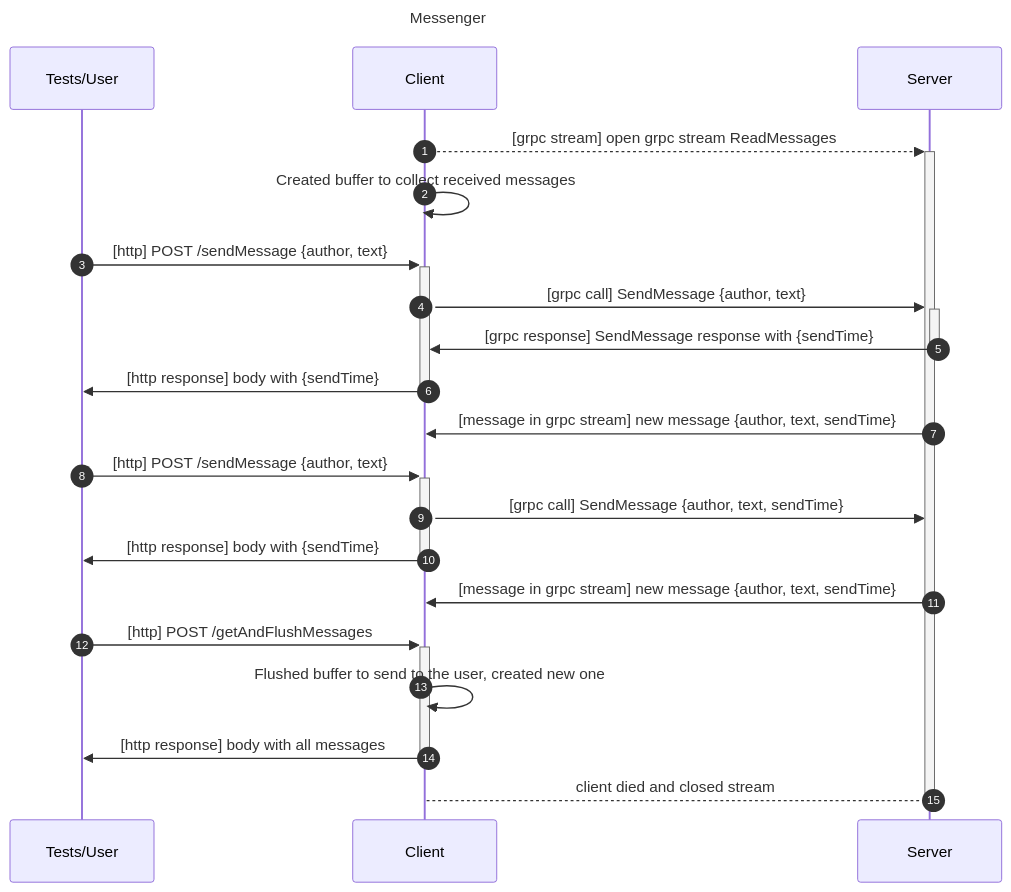
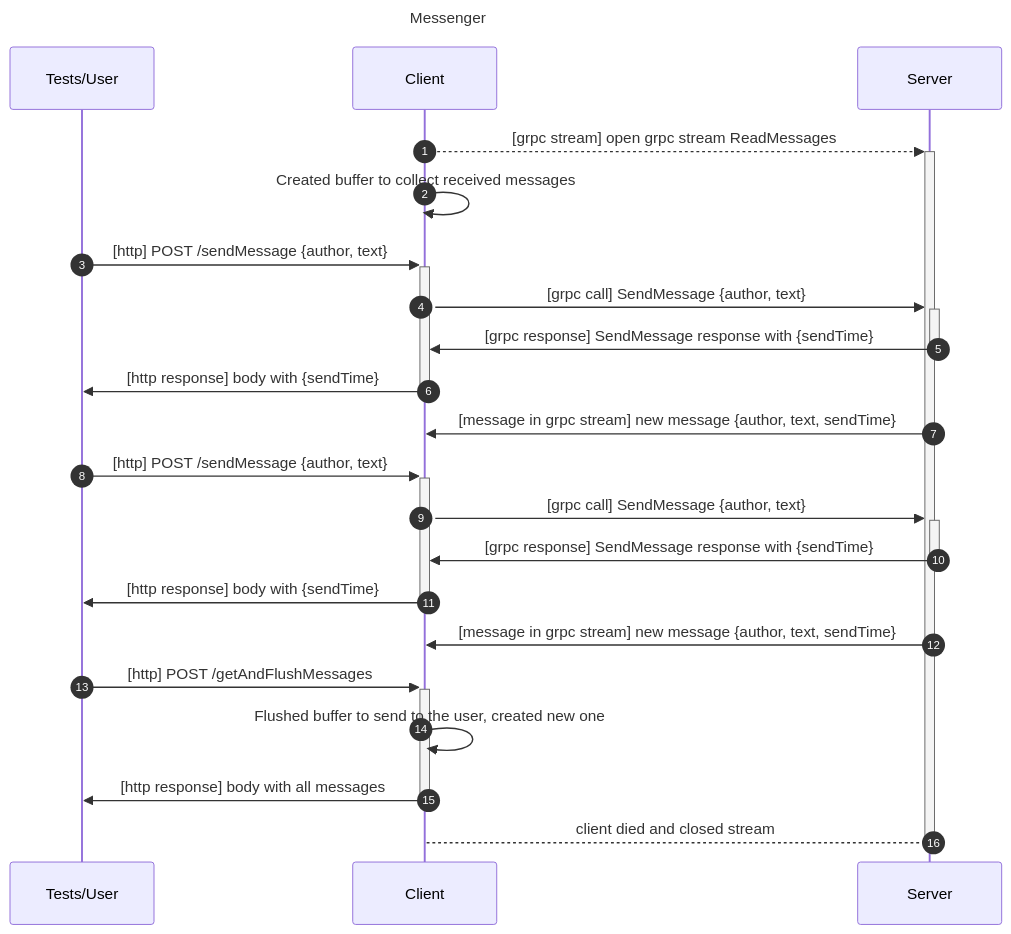
The second of 2 diagrams in homework/02-practice-grpc/README.md (distsys-course/materials), drawn with Mermaid before and after one commit.

Commit message:
Fix hw2 communication schema one more time

````diff
--- a/homework/02-practice-grpc/README.md
+++ b/homework/02-practice-grpc/README.md
@@ -48,40 +48,42 @@
 ```mermaid
 sequenceDiagram
     autonumber
     title Messenger
 
     participant U as Tests/User
     participant C as Client
     participant S as Server
 
     C -->>+ S: [grpc stream] open grpc stream ReadMessages
 
     C ->> C: Created buffer to collect received messages
 
     U ->>+ C: [http] POST /sendMessage {author, text}
 
     C ->>+ S: [grpc call] SendMessage {author, text}
 
     S ->>- C: [grpc response] SendMessage response with {sendTime}
 
     C ->>- U: [http response] body with {sendTime}
 
     S ->> C: [message in grpc stream] new message {author, text, sendTime}
 
     U ->>+ C: [http] POST /sendMessage {author, text}
 
-    C ->> S: [grpc call] SendMessage {author, text, sendTime}
+    C ->>+ S: [grpc call] SendMessage {author, text}
+
+    S ->>- C: [grpc response] SendMessage response with {sendTime}
 
     C ->>- U: [http response] body with {sendTime}
 
     S ->> C: [message in grpc stream] new message {author, text, sendTime}
 
     U ->>+ C: [http] POST /getAndFlushMessages
 
     C ->> C: Flushed buffer to send to the user, created new one
 
     C ->>- U: [http response] body with all messages
 
     S -->- C: client died and closed stream
 
 ```
````
